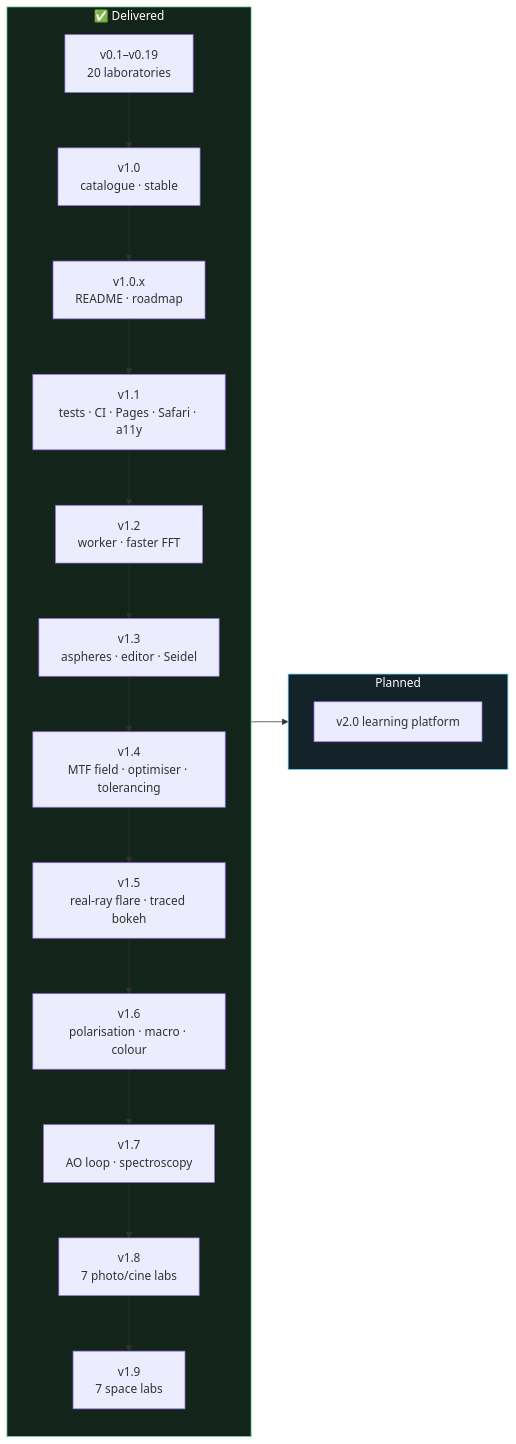
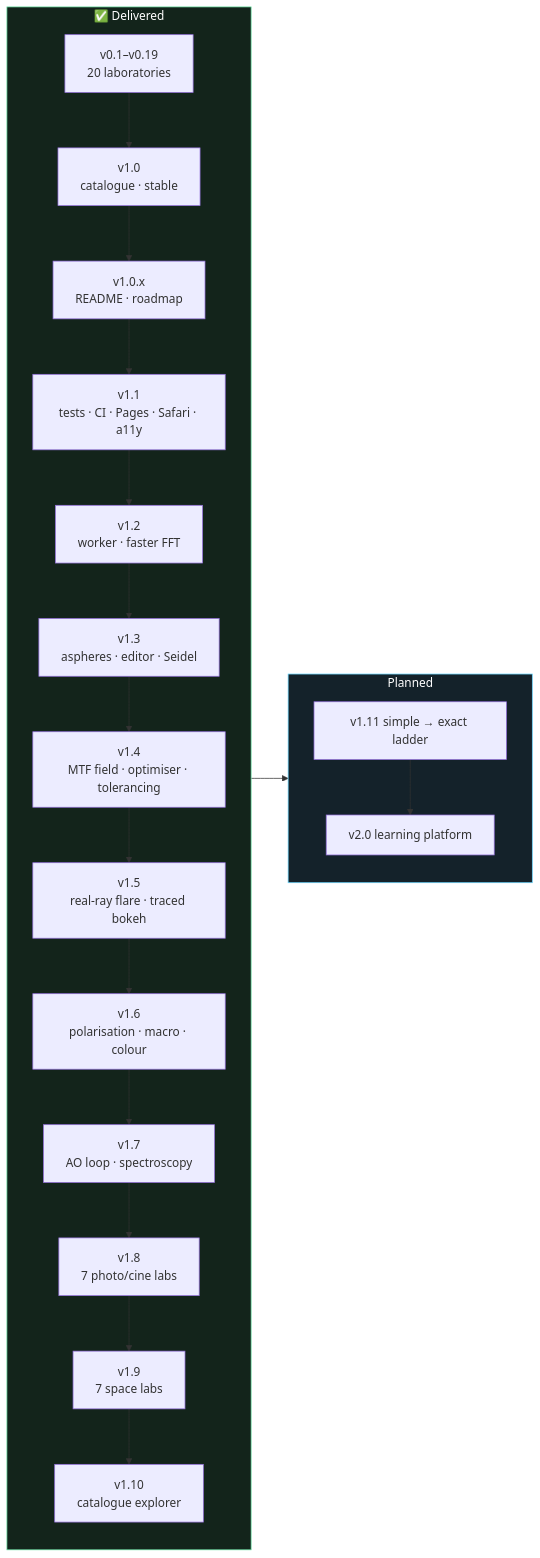
Before and after one commit to iiogurt/Optica_Viva: the diagram in ROADMAP.md, drawn with Mermaid. The commit also changed other lines of this file and 16 other files, not shown here.

First line of the commit message:
feat(ladder): simple-to-exact explanation ladder, piloted on three labs (#68)

````diff
--- a/ROADMAP.md
+++ b/ROADMAP.md
@@ -52,14 +53,14 @@
 ```mermaid
 flowchart LR
     subgraph Done["✅ Delivered"]
         direction TB
-        D0["v0.1–v0.19<br/>20 laboratories"] --> D1["v1.0<br/>catalogue · stable"] --> D2["v1.0.x<br/>README · roadmap"] --> D3["v1.1<br/>tests · CI · Pages · Safari · a11y"] --> D4["v1.2<br/>worker · faster FFT"] --> D5["v1.3<br/>aspheres · editor · Seidel"] --> D6["v1.4<br/>MTF field · optimiser · tolerancing"] --> D7["v1.5<br/>real-ray flare · traced bokeh"] --> D8["v1.6<br/>polarisation · macro · colour"] --> D9["v1.7<br/>AO loop · spectroscopy"] --> D10["v1.8<br/>7 photo/cine labs"] --> D11["v1.9<br/>7 space labs"]
+        D0["v0.1–v0.19<br/>20 laboratories"] --> D1["v1.0<br/>catalogue · stable"] --> D2["v1.0.x<br/>README · roadmap"] --> D3["v1.1<br/>tests · CI · Pages · Safari · a11y"] --> D4["v1.2<br/>worker · faster FFT"] --> D5["v1.3<br/>aspheres · editor · Seidel"] --> D6["v1.4<br/>MTF field · optimiser · tolerancing"] --> D7["v1.5<br/>real-ray flare · traced bokeh"] --> D8["v1.6<br/>polarisation · macro · colour"] --> D9["v1.7<br/>AO loop · spectroscopy"] --> D10["v1.8<br/>7 photo/cine labs"] --> D11["v1.9<br/>7 space labs"] --> D12["v1.10<br/>catalogue explorer"]
     end
     subgraph Next["Planned"]
         direction TB
-        N7["v2.0 learning platform"]
+        N6["v1.11 simple → exact ladder"] --> N7["v2.0 learning platform"]
     end
     Done --> Next
     style Done fill:#13241b,stroke:#6be3a4,color:#fff
     style Next fill:#14222a,stroke:#6ad7ff,color:#fff
 ```
````
